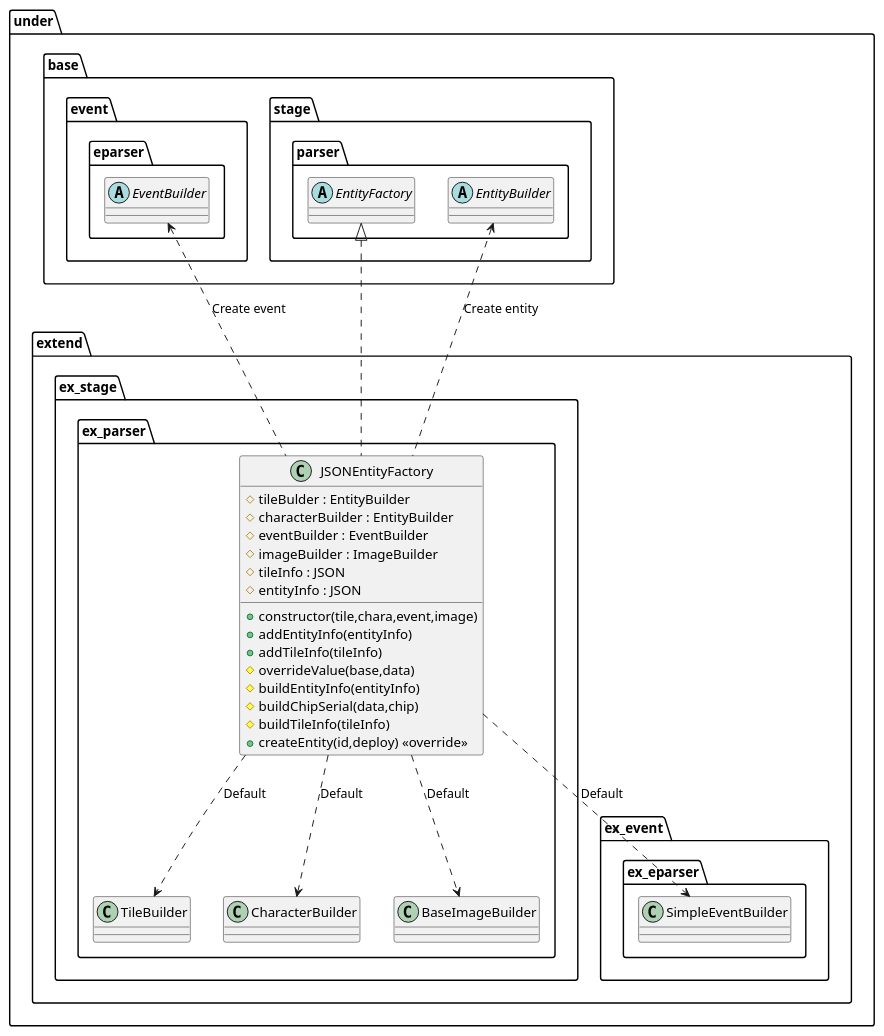
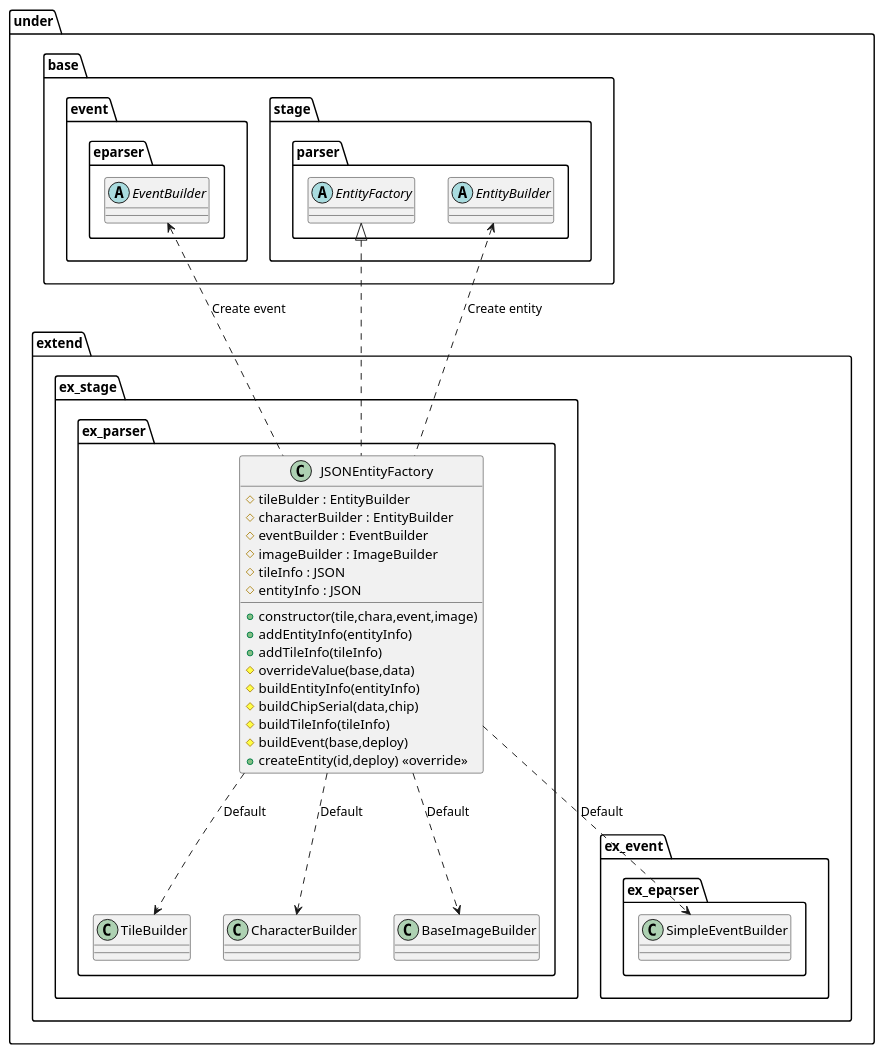
The diagram in uml/parser/Factory.wsd (Expine/Under), drawn with PlantUML before and after one commit. The commit also changed 35 other files, not shown here.

```diff
--- a/uml/parser/Factory.wsd
+++ b/uml/parser/Factory.wsd
@@ -1,68 +1,69 @@
 @startuml ParserFactory
 
 package under {
     package extend {
         package ex_stage {
             package ex_parser {
                 class JSONEntityFactory {
                     +constructor(tile,chara,event,image)
                     #tileBulder : EntityBuilder
                     #characterBuilder : EntityBuilder
                     #eventBuilder : EventBuilder
                     #imageBuilder : ImageBuilder
                     #tileInfo : JSON
                     #entityInfo : JSON
                     +addEntityInfo(entityInfo)
                     +addTileInfo(tileInfo)
                     #overrideValue(base,data)
                     #buildEntityInfo(entityInfo)
                     #buildChipSerial(data,chip)
                     #buildTileInfo(tileInfo)
+                    #buildEvent(base,deploy)
                     +createEntity(id,deploy) <<override>>
                 }
             }
         }
     }
 }
 
 package under {
     package base {
         package event {
             package eparser {
                 abstract EventBuilder
             }
         }
         package stage {
             package parser {
                 abstract EntityFactory
                 abstract EntityBuilder
             }
         }
     }
     package extend {
         package ex_event {
             package ex_eparser {
                 class SimpleEventBuilder
             }
         }
         package ex_stage {
             package ex_parser {
                 class TileBuilder
                 class CharacterBuilder
                 class BaseImageBuilder
             }
         }
     }
 }
 
 EntityBuilder <.. JSONEntityFactory : Create entity
 EventBuilder <.. JSONEntityFactory : Create event
 
 JSONEntityFactory ..> TileBuilder : Default
 JSONEntityFactory ..> CharacterBuilder : Default
 JSONEntityFactory ..> SimpleEventBuilder : Default
 JSONEntityFactory ..> BaseImageBuilder : Default
 
 EntityFactory <|.. JSONEntityFactory
 
 @enduml
```
